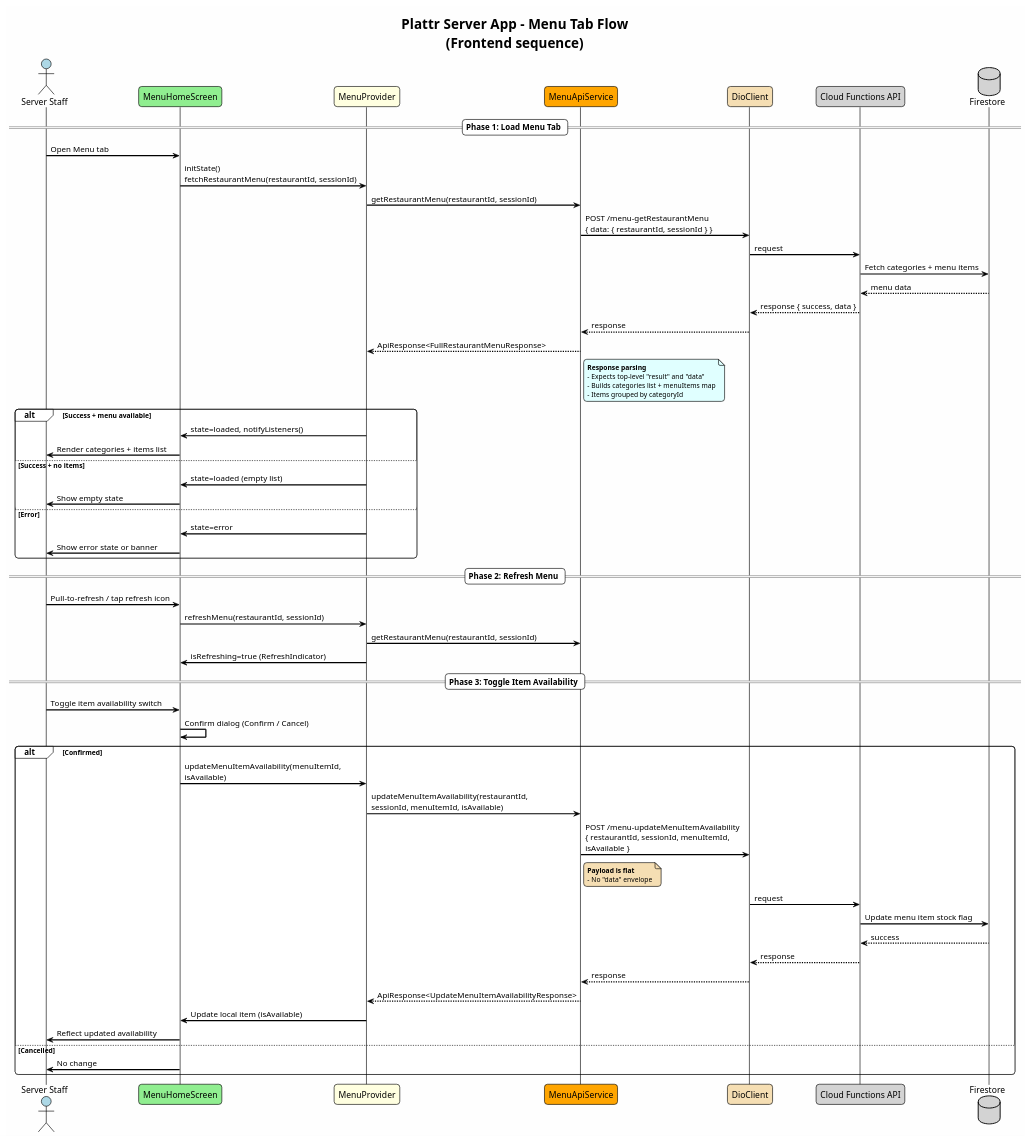
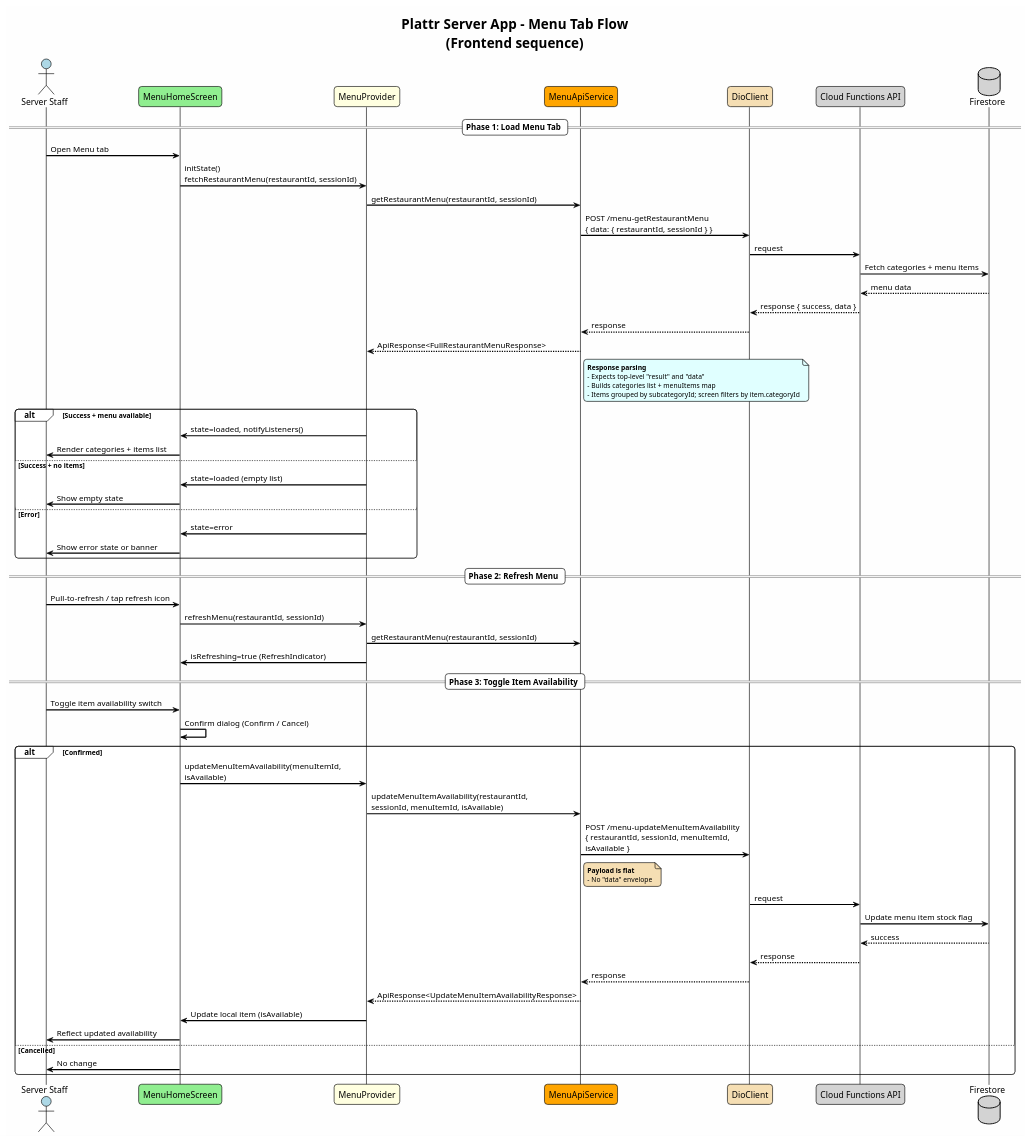
One commit to no-hup/plattr-pro changed the diagram in frontend/src-platter-apps/apps/platter_server/lib/docs/server_app_menu_flow.puml. Above: the diagram before and after it, drawn with PlantUML. The commit also changed 7 other files, not shown here.

```diff
--- a/frontend/src-platter-apps/apps/platter_server/lib/docs/server_app_menu_flow.puml
+++ b/frontend/src-platter-apps/apps/platter_server/lib/docs/server_app_menu_flow.puml
@@ -1,94 +1,94 @@
 @startuml Server_App_Menu_Tab_Flow
 !theme plain
 skinparam backgroundColor #FEFEFE
 skinparam sequenceArrowThickness 2
 skinparam roundcorner 10
 skinparam maxmessagesize 300
 skinparam noteFontSize 11
 skinparam participantPadding 18
 
 title **Plattr Server App - Menu Tab Flow**\n(Frontend sequence)
 
 ' ============================================================
 '  PARTICIPANTS
 ' ============================================================
 actor "Server Staff" as Staff #LightBlue
 participant "MenuHomeScreen" as MenuUI #LightGreen
 participant "MenuProvider" as MenuProvider #LightYellow
 participant "MenuApiService" as MenuAPI #Orange
 participant "DioClient" as Dio #Wheat
 participant "Cloud Functions API" as Backend #LightGray
 database "Firestore" as DB #LightGray
 
 ' ============================================================
 '  PHASE 1: LOAD MENU TAB
 ' ============================================================
 == **Phase 1: Load Menu Tab** ==
 
 Staff -> MenuUI: Open Menu tab
 MenuUI -> MenuProvider: initState()\nfetchRestaurantMenu(restaurantId, sessionId)
 MenuProvider -> MenuAPI: getRestaurantMenu(restaurantId, sessionId)
 MenuAPI -> Dio: POST /menu-getRestaurantMenu\n{ data: { restaurantId, sessionId } }
 Dio -> Backend: request
 Backend -> DB: Fetch categories + menu items
 DB --> Backend: menu data
 Backend --> Dio: response { success, data }
 Dio --> MenuAPI: response
 MenuAPI --> MenuProvider: ApiResponse<FullRestaurantMenuResponse>
 
 note right of MenuAPI #LightCyan
   **Response parsing**
   - Expects top-level "result" and "data"
   - Builds categories list + menuItems map
-  - Items grouped by categoryId
+  - Items grouped by subcategoryId; screen filters by item.categoryId
 end note
 
 alt Success + menu available
   MenuProvider -> MenuUI: state=loaded, notifyListeners()
   MenuUI -> Staff: Render categories + items list
 else Success + no items
   MenuProvider -> MenuUI: state=loaded (empty list)
   MenuUI -> Staff: Show empty state
 else Error
   MenuProvider -> MenuUI: state=error
   MenuUI -> Staff: Show error state or banner
 end
 
 ' ============================================================
 '  PHASE 2: REFRESH MENU
 ' ============================================================
 == **Phase 2: Refresh Menu** ==
 
 Staff -> MenuUI: Pull-to-refresh / tap refresh icon
 MenuUI -> MenuProvider: refreshMenu(restaurantId, sessionId)
 MenuProvider -> MenuAPI: getRestaurantMenu(restaurantId, sessionId)
 MenuProvider -> MenuUI: isRefreshing=true (RefreshIndicator)
 
 ' ============================================================
 '  PHASE 3: TOGGLE ITEM AVAILABILITY
 ' ============================================================
 == **Phase 3: Toggle Item Availability** ==
 
 Staff -> MenuUI: Toggle item availability switch
 MenuUI -> MenuUI: Confirm dialog (Confirm / Cancel)
 alt Confirmed
   MenuUI -> MenuProvider: updateMenuItemAvailability(menuItemId, isAvailable)
   MenuProvider -> MenuAPI: updateMenuItemAvailability(restaurantId, sessionId, menuItemId, isAvailable)
   MenuAPI -> Dio: POST /menu-updateMenuItemAvailability\n{ restaurantId, sessionId, menuItemId, isAvailable }
   note right of MenuAPI #Wheat
     **Payload is flat**
     - No "data" envelope
   end note
   Dio -> Backend: request
   Backend -> DB: Update menu item stock flag
   DB --> Backend: success
   Backend --> Dio: response
   Dio --> MenuAPI: response
   MenuAPI --> MenuProvider: ApiResponse<UpdateMenuItemAvailabilityResponse>
   MenuProvider -> MenuUI: Update local item (isAvailable)
   MenuUI -> Staff: Reflect updated availability
 else Cancelled
   MenuUI -> Staff: No change
 end
 
 @enduml
```
